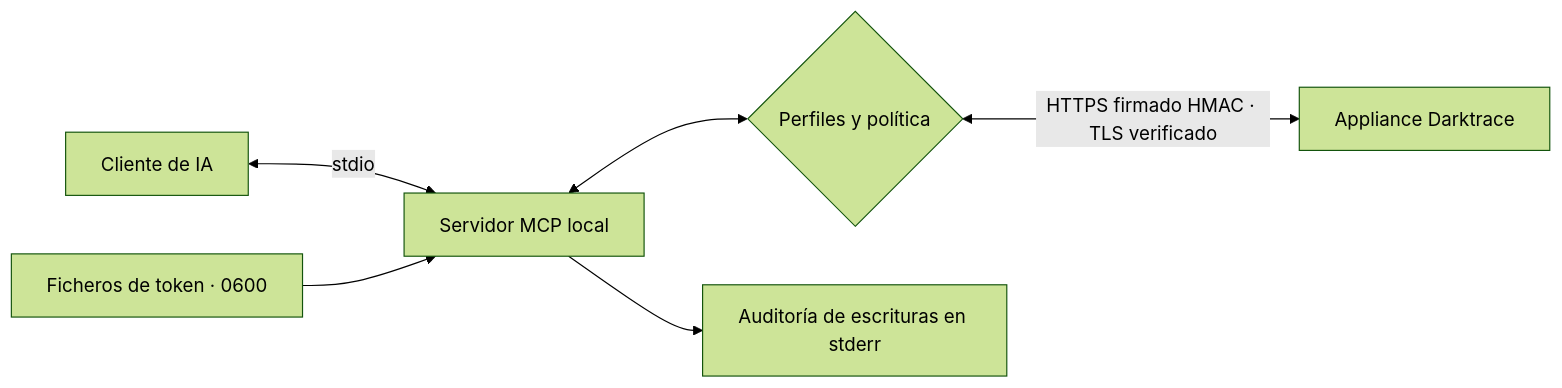
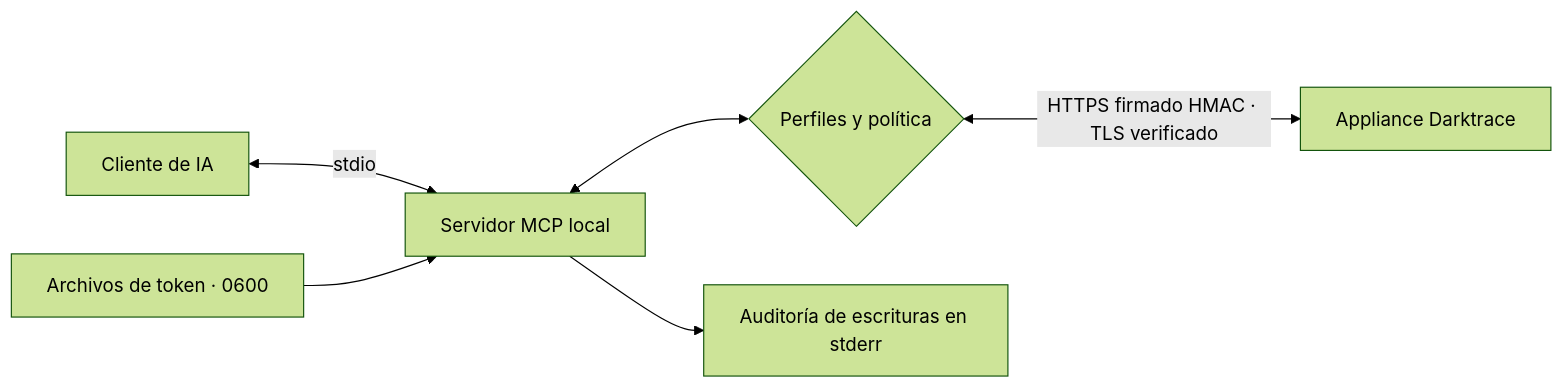
Before and after one commit to nuoframework/darktrace-mcp: the first of 3 diagrams in README.md, drawn with Mermaid (forest theme). The commit also changed other lines of this file and 32 other files, not shown here.

````diff
--- a/README.md
+++ b/README.md
@@ -63,8 +65,8 @@
 ```mermaid
 flowchart LR
     C["Cliente de IA"] <-->|stdio| S["Servidor MCP local"]
-    T["Ficheros de token · 0600"] --> S
+    T["Archivos de token · 0600"] --> S
     S <--> P{"Perfiles y política"}
     P <-->|"HTTPS firmado HMAC · TLS verificado"| D["Appliance Darktrace"]
     S --> A["Auditoría de escrituras en stderr"]
 ```
````
